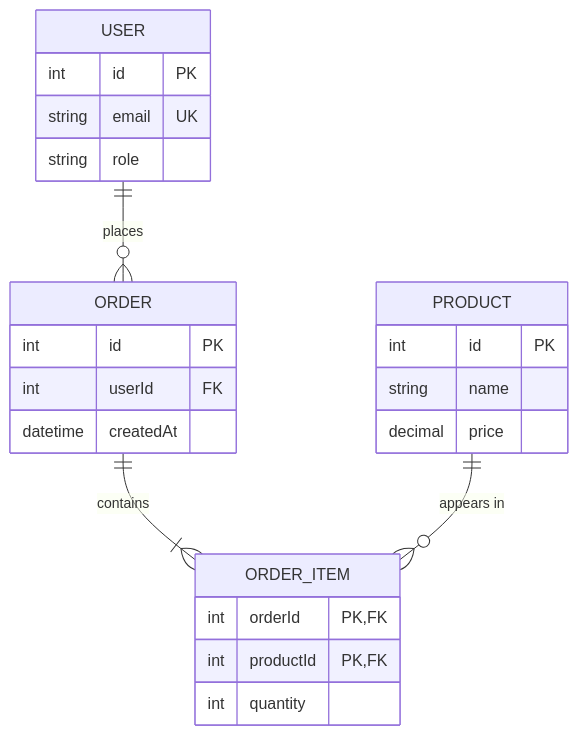
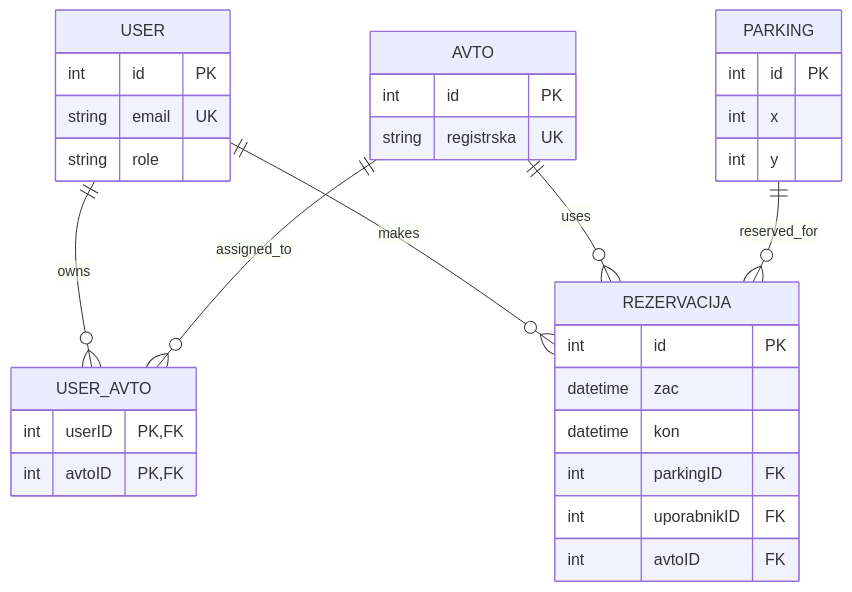
One commit to jeraj636/FreeParkitanje-JakobIza changed the diagram in docs/data-model.md. Above: the diagram before and after it, drawn with Mermaid.

Commit message:
Update data model with new entities and relationships
Added new entities and relationships to the data model.

````diff
--- a/docs/data-model.md
+++ b/docs/data-model.md
@@ -5,27 +5,39 @@
 ```mermaid
 erDiagram
-    USER ||--o{ ORDER : places
-    ORDER ||--|{ ORDER_ITEM : contains
-    PRODUCT ||--o{ ORDER_ITEM : "appears in"
+    USER ||--o{ USER_AVTO : owns
+    AVTO ||--o{ USER_AVTO : assigned_to
+    USER ||--o{ REZERVACIJA : makes
+    AVTO ||--o{ REZERVACIJA : uses
+    PARKING ||--o{ REZERVACIJA : reserved_for
 
     USER {
         int id PK
         string email UK
         string role
     }
-    ORDER {
+
+    USER_AVTO {
+        int userID PK, FK
+        int avtoID PK, FK
+    }
+
+    AVTO {
         int id PK
-        int userId FK
-        datetime createdAt
+        string registrska UK
     }
-    ORDER_ITEM {
-        int orderId PK, FK
-        int productId PK, FK
-        int quantity
+
+    REZERVACIJA {
+        int id PK
+        datetime zac
+        datetime kon
+        int parkingID FK
+        int uporabnikID FK
+        int avtoID FK
     }
-    PRODUCT {
+
+    PARKING {
         int id PK
-        string name
-        decimal price
+        int x
+        int y
     }
 ```
````
